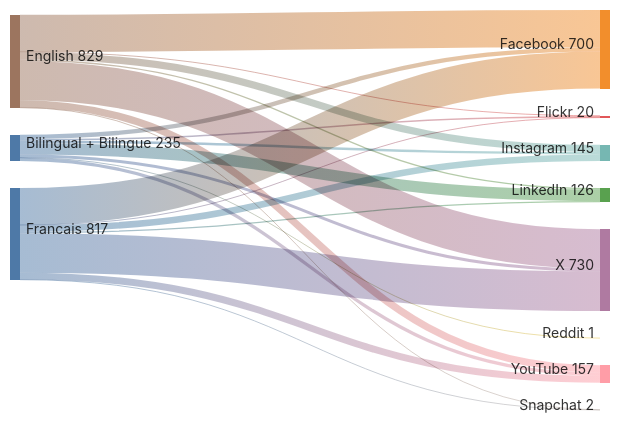
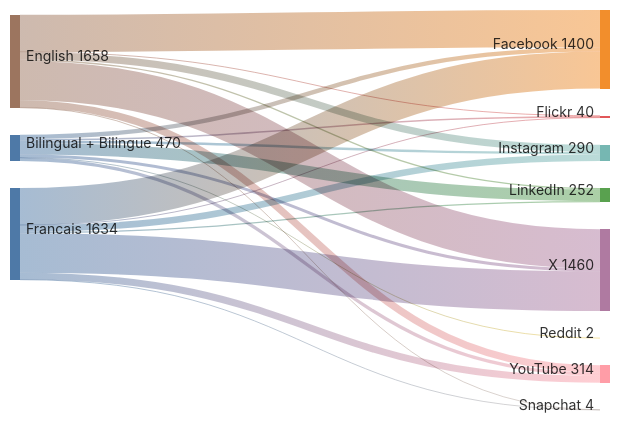
One commit to PatLittle/GC-Socials changed the diagram in sankey_diagram.md. Above: the diagram before and after it, drawn with Mermaid.

Commit message:
Update Sankey diagram for the most recent day

````diff
--- a/sankey_diagram.md
+++ b/sankey_diagram.md
@@ -1,24 +1,24 @@
 ```mermaid
 sankey-beta
-  Bilingual + Bilingue,Facebook,39
-  Bilingual + Bilingue,Flickr,13
-  Bilingual + Bilingue,Instagram,22
-  Bilingual + Bilingue,LinkedIn,103
-  Bilingual + Bilingue,Reddit,1
-  Bilingual + Bilingue,X,27
-  Bilingual + Bilingue,YouTube,30
-  English,Facebook,332
-  English,Flickr,4
-  English,Instagram,64
-  English,LinkedIn,12
-  English,Snapchat,1
-  English,X,351
-  English,YouTube,65
-  Francais,Facebook,329
-  Francais,Flickr,3
-  Francais,Instagram,59
-  Francais,LinkedIn,11
-  Francais,Snapchat,1
-  Francais,X,352
-  Francais,YouTube,62
+  Bilingual + Bilingue,Facebook,78
+  Bilingual + Bilingue,Flickr,26
+  Bilingual + Bilingue,Instagram,44
+  Bilingual + Bilingue,LinkedIn,206
+  Bilingual + Bilingue,Reddit,2
+  Bilingual + Bilingue,X,54
+  Bilingual + Bilingue,YouTube,60
+  English,Facebook,664
+  English,Flickr,8
+  English,Instagram,128
+  English,LinkedIn,24
+  English,Snapchat,2
+  English,X,702
+  English,YouTube,130
+  Francais,Facebook,658
+  Francais,Flickr,6
+  Francais,Instagram,118
+  Francais,LinkedIn,22
+  Francais,Snapchat,2
+  Francais,X,704
+  Francais,YouTube,124
 ```
````
